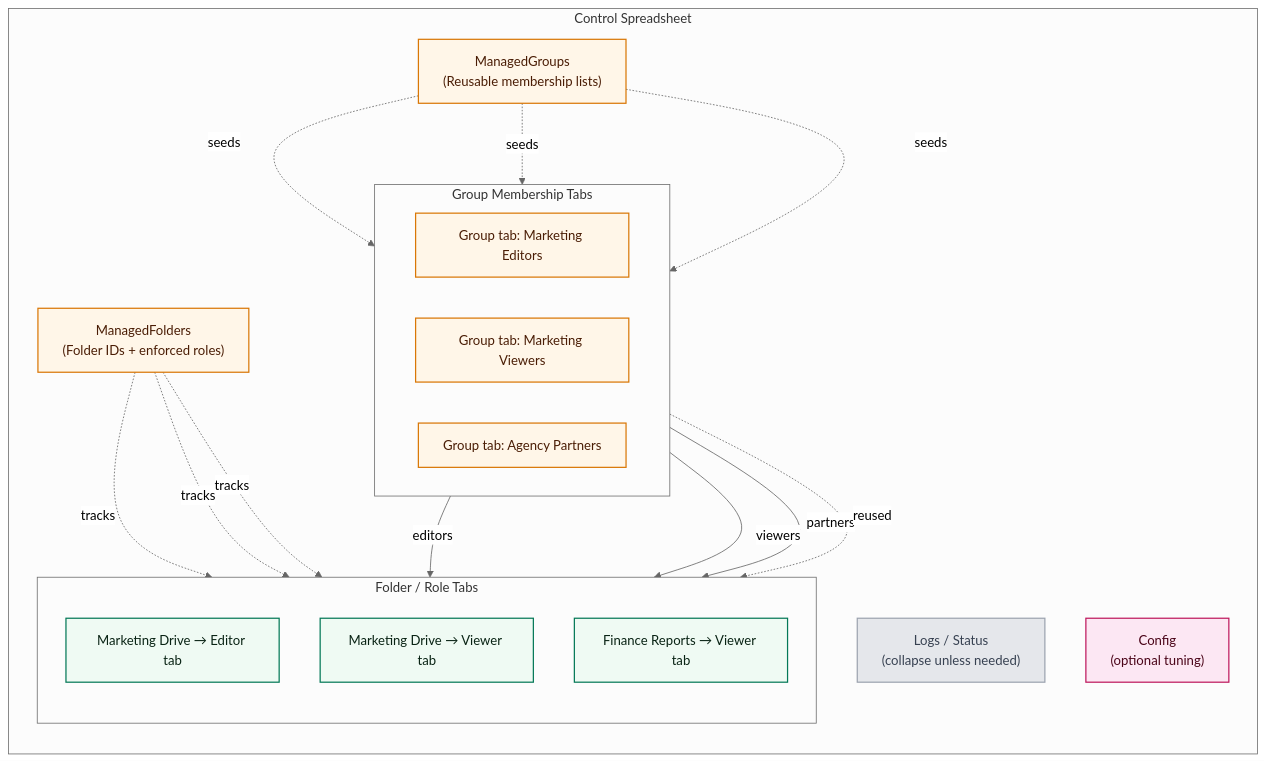
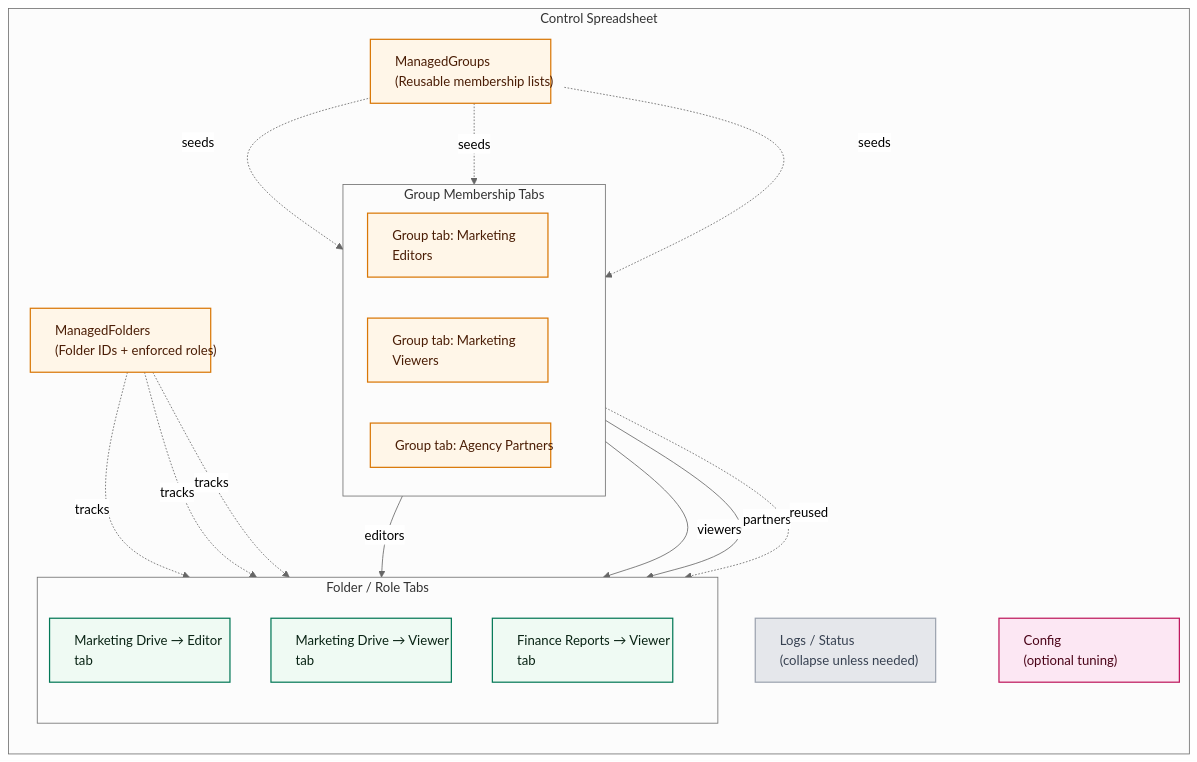
Before and after one commit to davidf9999/gdrive_permissions1: the first of 3 diagrams in docs/ARCHITECTURE_OVERVIEW.md, drawn with Mermaid (neutral theme). The commit also changed other lines of this file, not shown here.

Commit message:
docs: widen mermaid nodes

````diff
--- a/docs/ARCHITECTURE_OVERVIEW.md
+++ b/docs/ARCHITECTURE_OVERVIEW.md
@@ -27,43 +27,44 @@
 ```mermaid
+%% Give nodes a consistent width so longer labels render fully in GitHub's Mermaid renderer
 flowchart TD
   subgraph ControlSheet[Control Spreadsheet]
     direction TB
     ManagedFolders["ManagedFolders<br>(Folder IDs + enforced roles)"]
     ManagedGroups["ManagedGroups<br>(Reusable membership lists)"]
     subgraph GroupTabs[Group Membership Tabs]
       direction LR
       GroupSheet1[Group tab: Marketing Editors]
       GroupSheet2[Group tab: Marketing Viewers]
       GroupSheet3[Group tab: Agency Partners]
     end
     subgraph FolderRoleTabs[Folder / Role Tabs]
       direction TB
       FolderSheet1[Marketing Drive → Editor tab]
       FolderSheet2[Marketing Drive → Viewer tab]
       FolderSheet3[Finance Reports → Viewer tab]
     end
     Logs["Logs / Status<br>(collapse unless needed)"]
     Config["Config<br>(optional tuning)"]
   end
 
   ManagedFolders -. tracks .-> FolderSheet1
   ManagedFolders -. tracks .-> FolderSheet2
   ManagedFolders -. tracks .-> FolderSheet3
   ManagedGroups -. seeds .-> GroupSheet1
   ManagedGroups -. seeds .-> GroupSheet2
   ManagedGroups -. seeds .-> GroupSheet3
   GroupSheet1 -- editors --> FolderSheet1
   GroupSheet2 -- viewers --> FolderSheet2
   GroupSheet3 -- partners --> FolderSheet2
   GroupSheet2 -. reused .-> FolderSheet3
 
-  classDef default fill:#f4fbff,stroke:#1463a5,stroke-width:1.5px,color:#0d273d;
+  classDef default fill:#f4fbff,stroke:#1463a5,stroke-width:1.5px,color:#0d273d,width:220px,text-align:left;
   classDef group fill:#fff6e8,stroke:#d97706,color:#4a1d05;
   classDef folder fill:#effaf3,stroke:#047857,color:#092314;
   classDef log fill:#e5e7eb,stroke:#9ca3af,color:#374151;
   classDef config fill:#fce7f3,stroke:#be185d,color:#4a0418;
   class ManagedFolders,ManagedGroups,GroupSheet1,GroupSheet2,GroupSheet3 group;
   class FolderSheet1,FolderSheet2,FolderSheet3 folder;
   class Logs log;
   class Config config;
 ```
````
